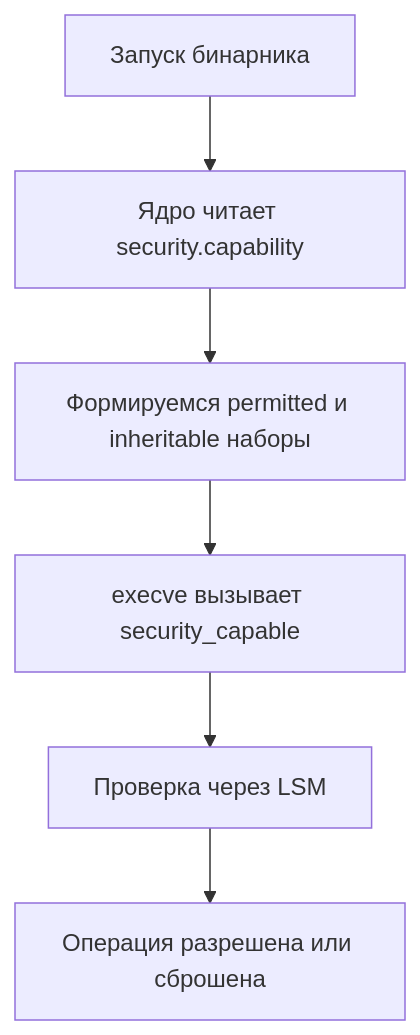
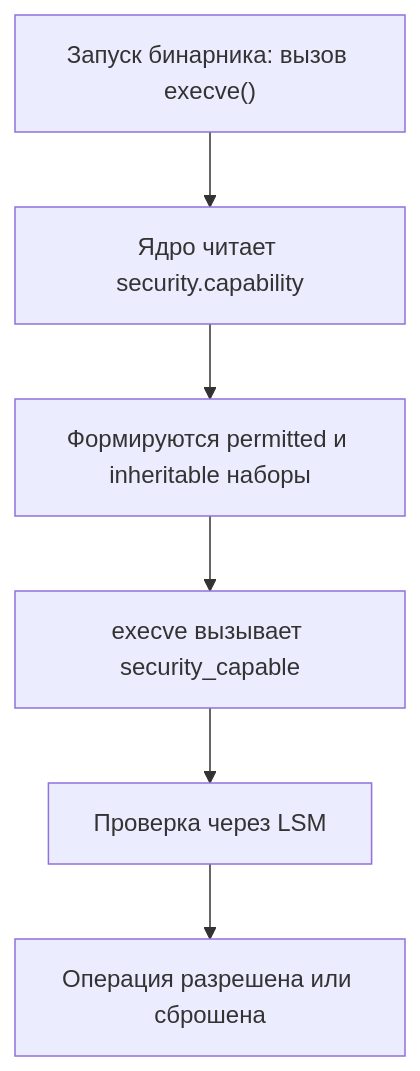
One commit to UnrealTemplier/go-textbook changed the third of 4 diagrams in sources/2. Устройство и работа ОС/57. ACL, capabilities и привилегии процессов.md. Above: the diagram before and after it, drawn with Mermaid. The commit also changed other lines of this file, not shown here.

````diff
--- a/sources/2. Устройство и работа ОС/57. ACL, capabilities и привилегии процессов.md
+++ b/sources/2. Устройство и работа ОС/57. ACL, capabilities и привилегии процессов.md
@@ -50,8 +100,8 @@
 ```mermaid
 flowchart TD
-    A["Запуск бинарника"] --> B["Ядро читает security.capability"]
-    B --> C["Формируемся permitted и inheritable наборы"]
+    A["Запуск бинарника: вызов execve()"] --> B["Ядро читает security.capability"]
+    B --> C["Формируются permitted и inheritable наборы"]
     C --> D["execve вызывает security_capable"]
     D --> E["Проверка через LSM"]
     E --> F["Операция разрешена или сброшена"]
 ```
````
